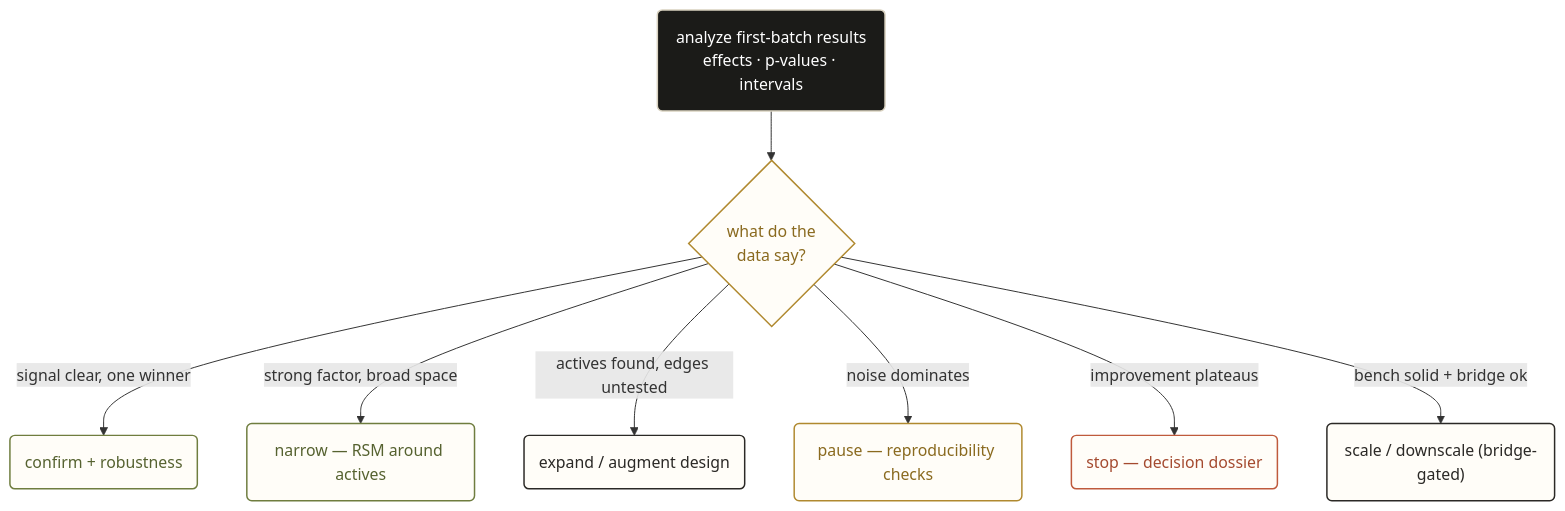
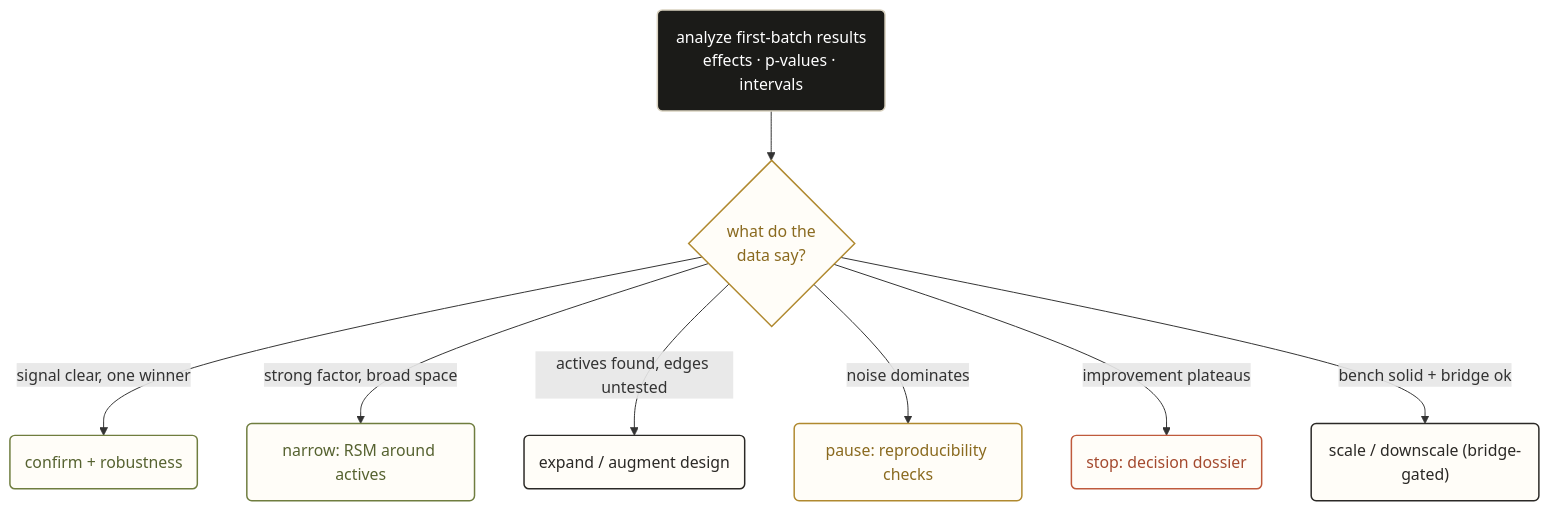
One commit to BioSymphony/ferm-doe changed diagram 14 of 14 in README.md. Above: the diagram before and after it, drawn with Mermaid. The commit also changed other lines of this file, not shown here.

````diff
--- a/README.md
+++ b/README.md
@@ -687,15 +687,15 @@
 ```mermaid
 flowchart TB
   A("analyze first-batch results<br/>effects · p-values · intervals"):::hero --> Q{"what do the<br/>data say?"}:::gate
   Q -->|"signal clear, one winner"| C("confirm + robustness"):::go
-  Q -->|"strong factor, broad space"| N("narrow — RSM around actives"):::go
+  Q -->|"strong factor, broad space"| N("narrow: RSM around actives"):::go
   Q -->|"actives found, edges untested"| E("expand / augment design"):::proc
-  Q -->|"noise dominates"| P("pause — reproducibility checks"):::gate
-  Q -->|"improvement plateaus"| ST("stop — decision dossier"):::block
+  Q -->|"noise dominates"| P("pause: reproducibility checks"):::gate
+  Q -->|"improvement plateaus"| ST("stop: decision dossier"):::block
   Q -->|"bench solid + bridge ok"| SCp("scale / downscale (bridge-gated)"):::proc
   classDef hero fill:#1b1b18,stroke:#d9d2c0,color:#ffffff,stroke-width:1.5px;
   classDef proc fill:#fffdf8,stroke:#2b2926,color:#2b2926,stroke-width:1.5px;
   classDef gate fill:#fffdf8,stroke:#b0892f,color:#8a6a1f,stroke-width:1.5px;
   classDef go fill:#fffdf8,stroke:#6f7d3f,color:#566230,stroke-width:1.5px;
   classDef block fill:#fffdf8,stroke:#bf5a3c,color:#a44a2f,stroke-width:1.5px;
 ```
````
